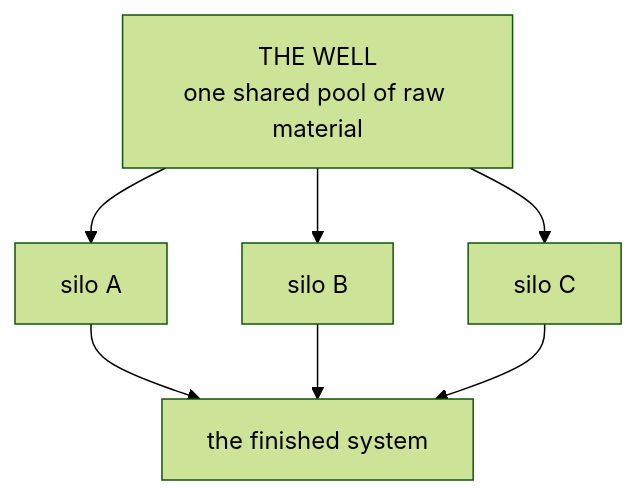
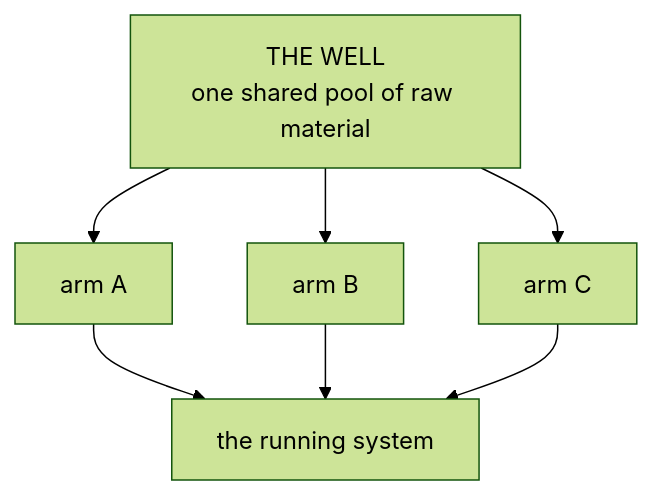
Before and after one commit to BlueSkyGTM/deferred-context-architecture: the first of 2 diagrams in README.md, drawn with Mermaid (forest theme). The commit also changed other lines of this file, not shown here.

````diff
--- a/README.md
+++ b/README.md
@@ -23,10 +40,10 @@
 ```mermaid
 flowchart TD
     W["THE WELL<br/>one shared pool of raw material"]
-    W --> A["silo A"]
-    W --> B["silo B"]
-    W --> C["silo C"]
-    A --> S["the finished system"]
+    W --> A["arm A"]
+    W --> B["arm B"]
+    W --> C["arm C"]
+    A --> S["the running system"]
     B --> S
     C --> S
 ```
````
